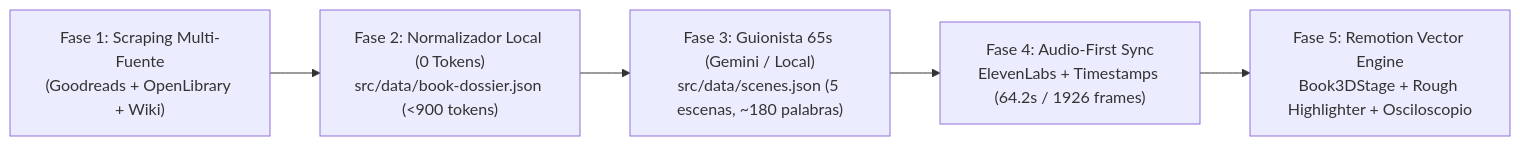
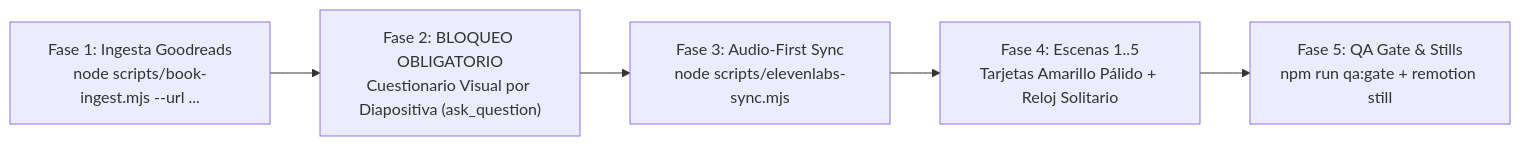
One commit to Amartileyton/autovideo-libros changed the diagram in README.md. Above: the diagram before and after it, drawn with Mermaid. The commit also changed other lines of this file and 30 other files, not shown here.

````diff
--- a/README.md
+++ b/README.md
@@ -9,7 +9,7 @@
 ```mermaid
 flowchart LR
-    A["Fase 1: Scraping Multi-Fuente\n(Goodreads + OpenLibrary + Wiki)"] --> B["Fase 2: Normalizador Local (0 Tokens)\nsrc/data/book-dossier.json (<900 tokens)"]
-    B --> C["Fase 3: Guionista 65s (Gemini / Local)\nsrc/data/scenes.json (5 escenas, ~180 palabras)"]
-    C --> D["Fase 4: Audio-First Sync\nElevenLabs + Timestamps (64.2s / 1926 frames)"]
-    D --> E["Fase 5: Remotion Vector Engine\nBook3DStage + Rough Highlighter + Osciloscopio"]
+    A["Fase 1: Ingesta Goodreads\nnode scripts/book-ingest.mjs --url ..."] --> B["Fase 2: BLOQUEO OBLIGATORIO\nCuestionario Visual por Diapositiva (ask_question)"]
+    B --> C["Fase 3: Audio-First Sync\nnode scripts/elevenlabs-sync.mjs"]
+    C --> D["Fase 4: Escenas 1..5\nTarjetas Amarillo Pálido + Reloj Solitario"]
+    D --> E["Fase 5: QA Gate & Stills\nnpm run qa:gate + remotion still"]
 ```
````
